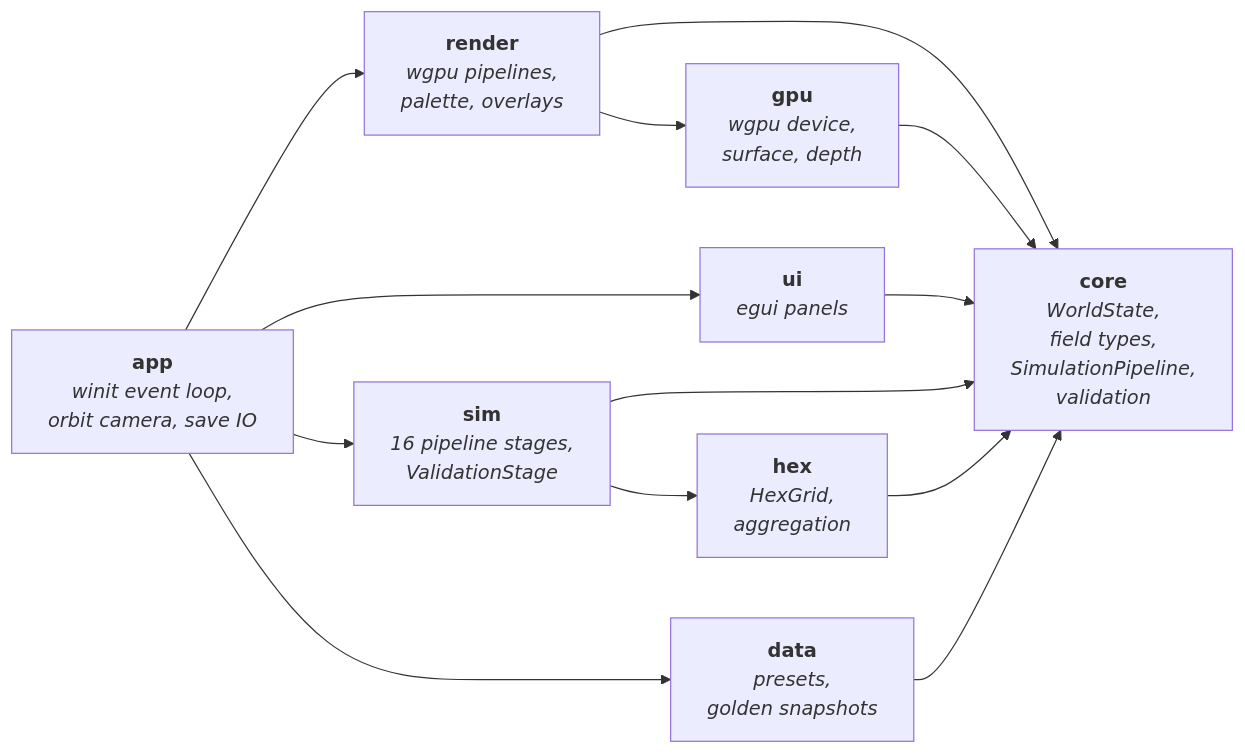
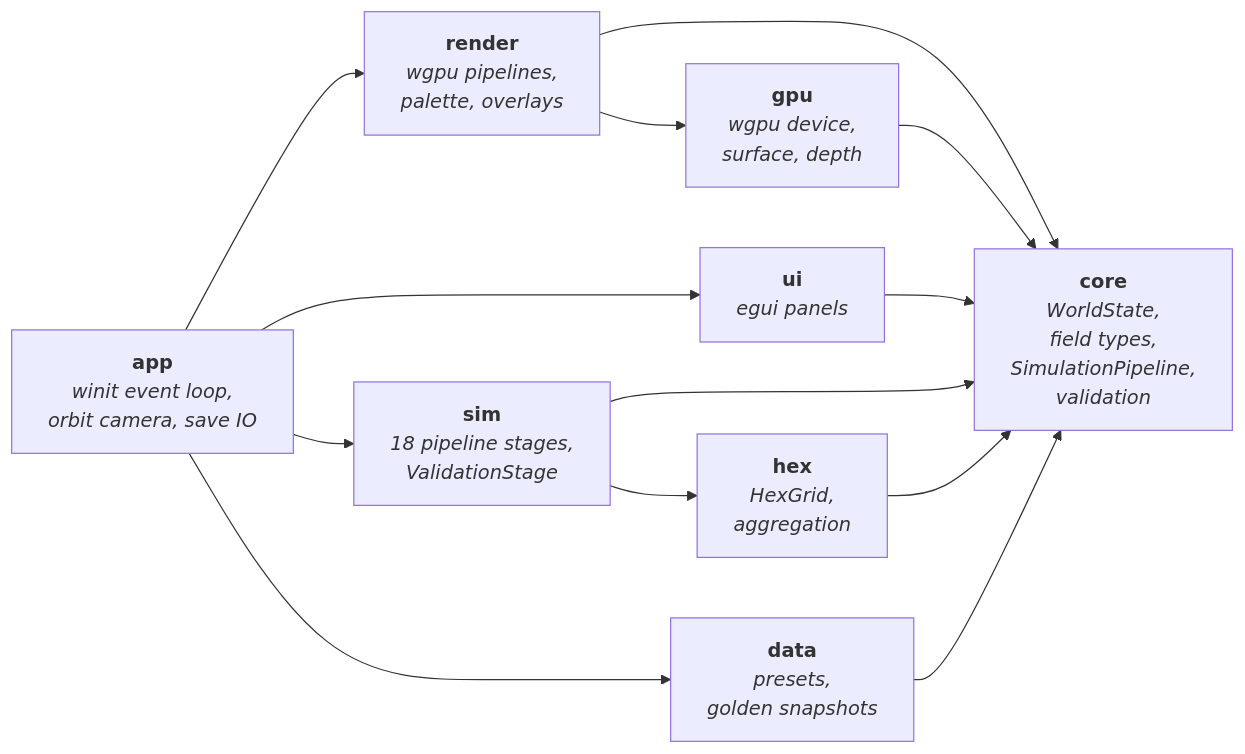
Before and after one commit to AmanThuL/Island-Proc-Gen: the first of 5 diagrams in docs/architecture/ARCHITECTURE.md, drawn with Mermaid. The commit also changed other lines of this file and 4 other files, not shown here.

````diff
--- a/docs/architecture/ARCHITECTURE.md
+++ b/docs/architecture/ARCHITECTURE.md
@@ -45,24 +45,24 @@
 ```mermaid
 flowchart LR
     app["<b>app</b><br/><i>winit event loop,<br/>orbit camera, save IO</i>"]
     render["<b>render</b><br/><i>wgpu pipelines,<br/>palette, overlays</i>"]
     gpu["<b>gpu</b><br/><i>wgpu device,<br/>surface, depth</i>"]
     ui["<b>ui</b><br/><i>egui panels</i>"]
-    sim["<b>sim</b><br/><i>16 pipeline stages,<br/>ValidationStage</i>"]
+    sim["<b>sim</b><br/><i>18 pipeline stages,<br/>ValidationStage</i>"]
     hex["<b>hex</b><br/><i>HexGrid,<br/>aggregation</i>"]
     data["<b>data</b><br/><i>presets,<br/>golden snapshots</i>"]
     core["<b>core</b><br/><i>WorldState,<br/>field types,<br/>SimulationPipeline,<br/>validation</i>"]
 
     app --> render
     app --> ui
     app --> sim
     app --> data
     render --> gpu
     render --> core
     gpu --> core
     ui --> core
     sim --> core
     sim --> hex
     hex --> core
     data --> core
 ```
````
